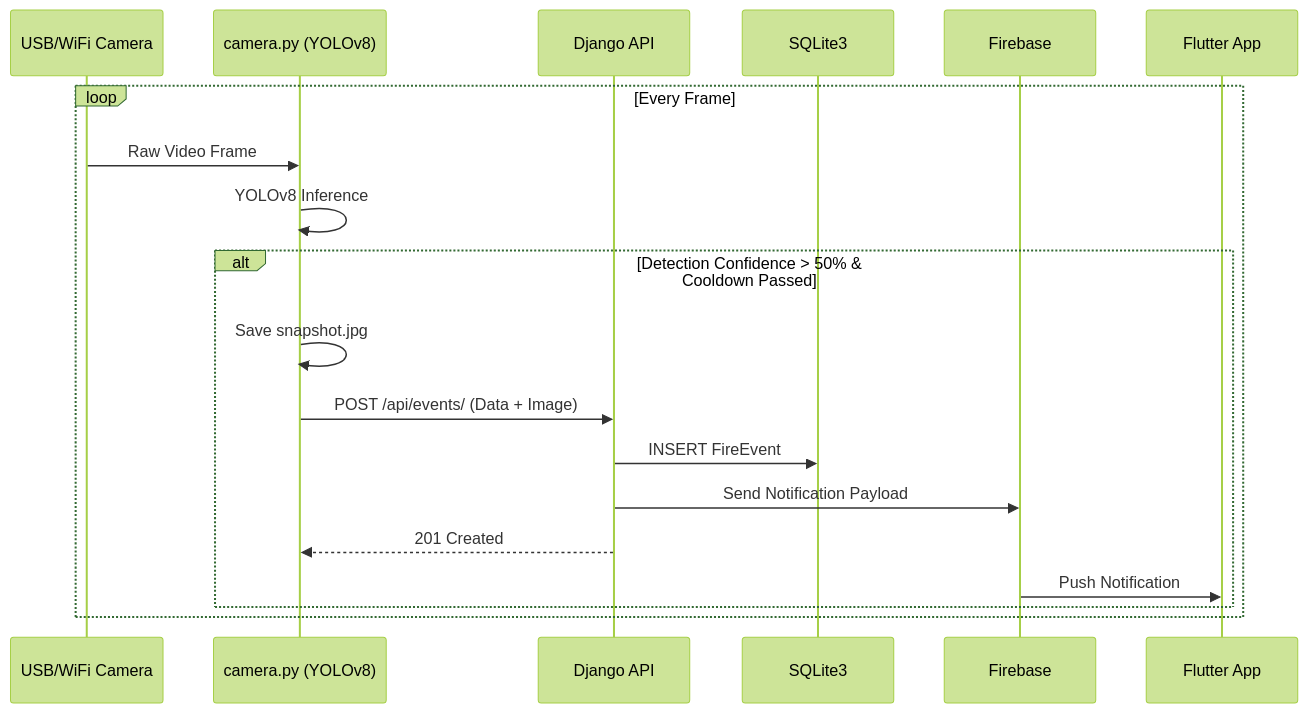
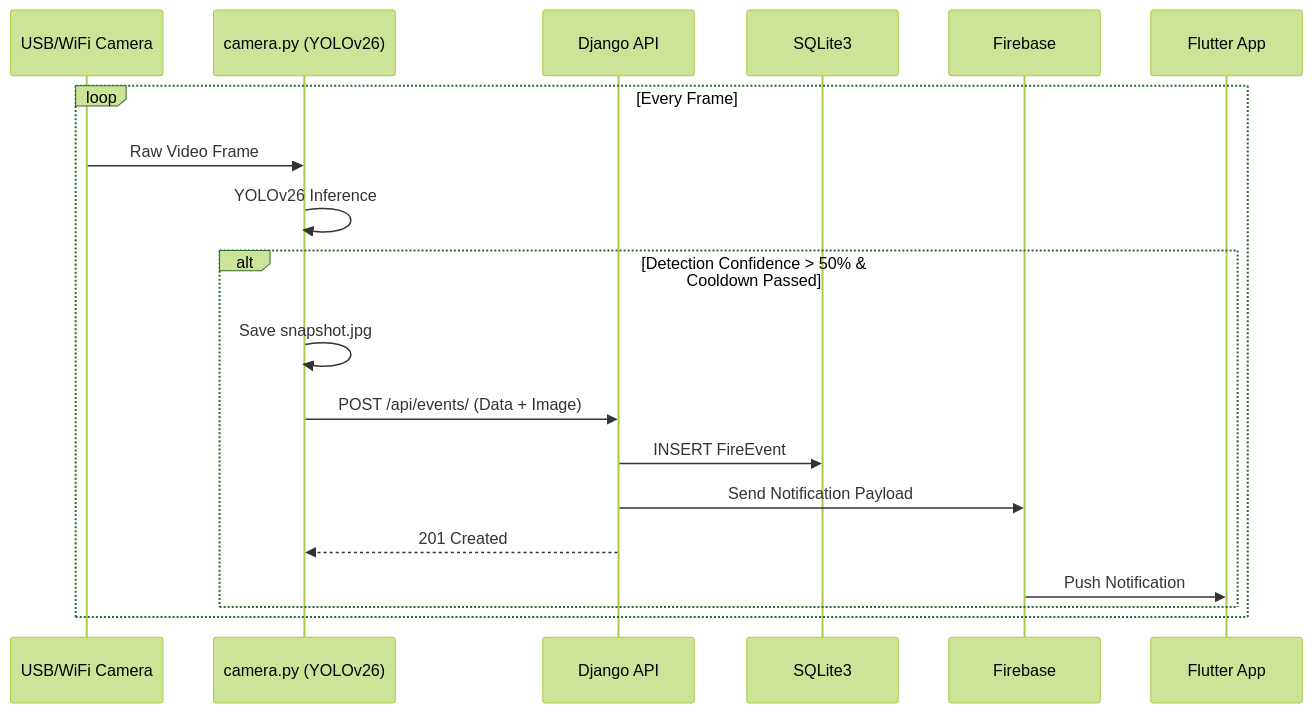
The fifth of 5 diagrams in docs/system_foundation_document.md (mostafaabdoelgohary2003AI/fireguard-graduation-project), drawn with Mermaid (forest theme) before and after one commit. The commit also changed other lines of this file, not shown here.

````diff
--- a/docs/system_foundation_document.md
+++ b/docs/system_foundation_document.md
@@ -177,22 +177,22 @@
 ```mermaid
 sequenceDiagram
     participant Cam as USB/WiFi Camera
-    participant AI as camera.py (YOLOv8)
+    participant AI as camera.py (YOLOv26)
     participant API as Django API
     participant DB as SQLite3
     participant FCM as Firebase
     participant App as Flutter App
 
     loop Every Frame
         Cam->>AI: Raw Video Frame
-        AI->>AI: YOLOv8 Inference
+        AI->>AI: YOLOv26 Inference
         alt Detection Confidence > 50% & Cooldown Passed
             AI->>AI: Save snapshot.jpg
             AI->>API: POST /api/events/ (Data + Image)
             API->>DB: INSERT FireEvent
             API->>FCM: Send Notification Payload
             API-->>AI: 201 Created
             FCM->>App: Push Notification
         end
     end
 ```
````
